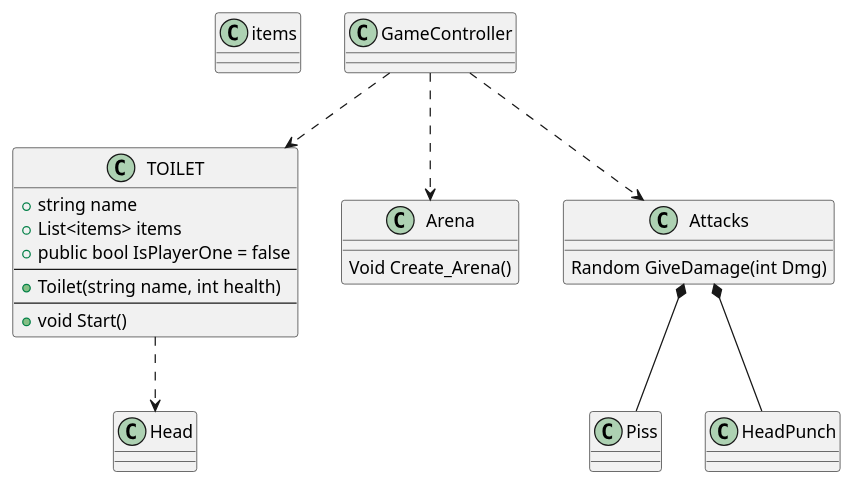
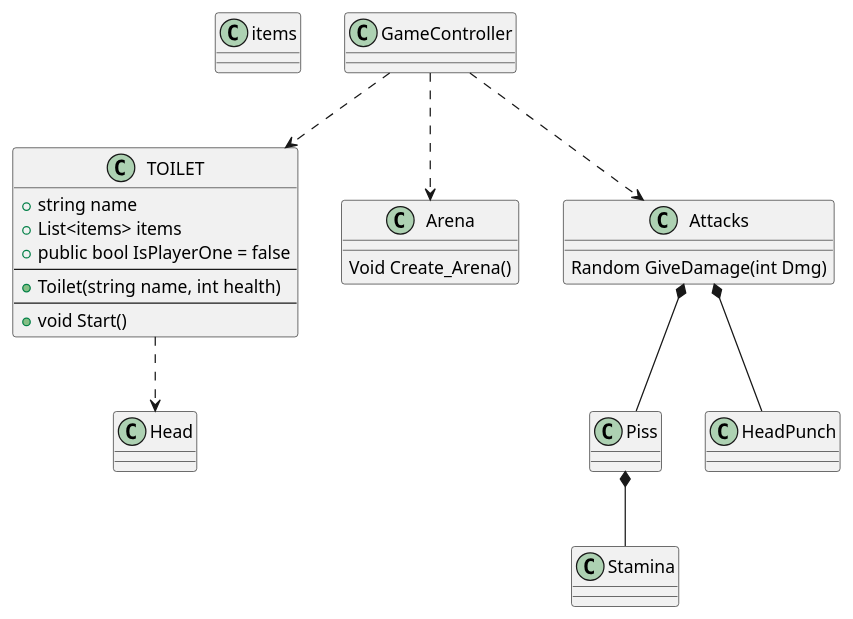
One commit to Y0S3FXD/Skibidi-Toilet-Fighter changed the diagram in Krav.puml. Above: the diagram before and after it, drawn with PlantUML. The commit also changed 3 other files, not shown here.

```diff
--- a/Krav.puml
+++ b/Krav.puml
@@ -1,38 +1,42 @@
 @startuml
 class items{}
 class GameController{
     
 }
 
 class TOILET{
     + string name
     + List<items> items
     + public bool IsPlayerOne = false
     --
     + Toilet(string name, int health)
     --
     + void Start()
 }
 
 class Piss{
 }
 
 class Head{
 
 }
 Class HeadPunch{
 }
 
 class Arena{
     Void Create_Arena()
 }
 class Attacks{
  Random GiveDamage(int Dmg)
 }
+class Stamina{
+
+}
+Piss *-- Stamina
 Attacks *--  Piss
 Attacks *--  HeadPunch
 GameController ..> Attacks
 GameController ..> Arena
 GameController ..> TOILET
 TOILET ..> Head
 @enduml
```
